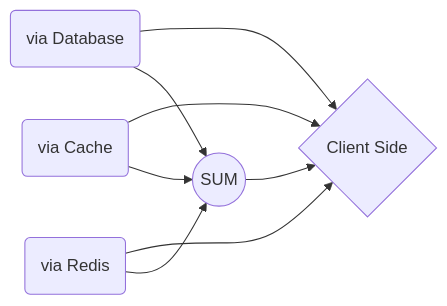
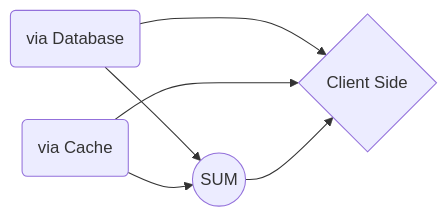
Before and after one commit to ami-hp/laravel-eye: the second of 2 diagrams in Docs.md, drawn with Mermaid. The commit also changed other lines of this file and 2 other files, not shown here.

Commit message:
viaExpert is deprecated. viaOnly has been changed to via.

````diff
--- a/Docs.md
+++ b/Docs.md
@@ -32,10 +32,10 @@
 ```mermaid
 graph LR
 A(via Database) --> D{Client Side}
 B(via Cache)  --> D{Client Side}
-C(via Redis) --> D{Client Side}
+
 A --> E((SUM))
 B --> E((SUM)) 
-C --> E((SUM))
+
 E --> D
 ```
````
